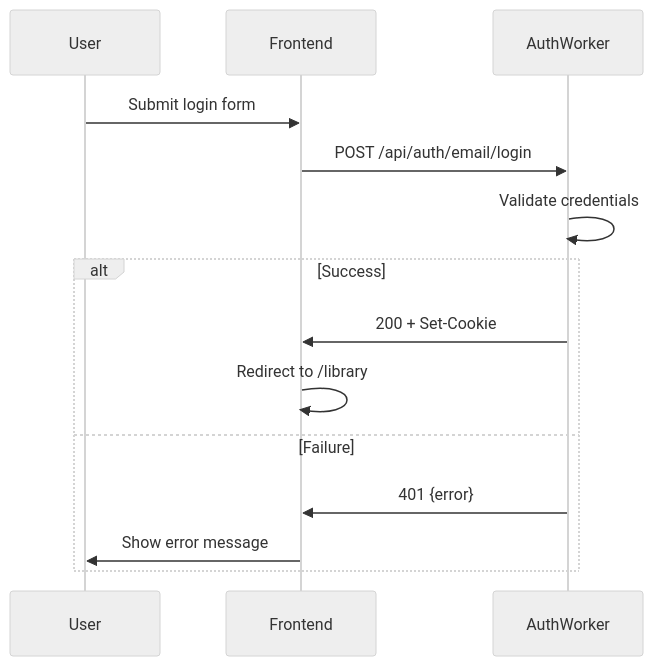
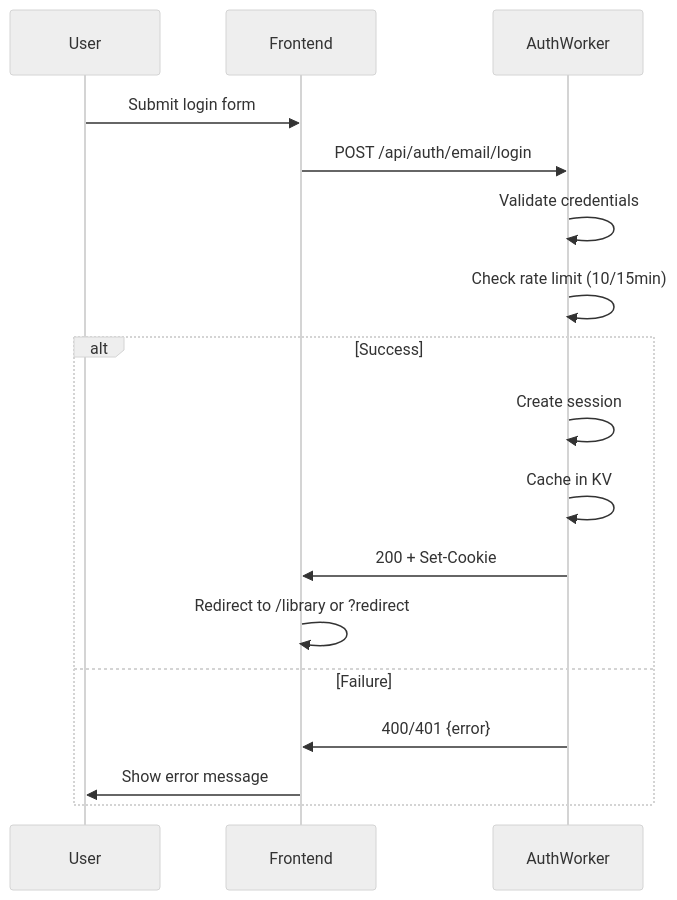
Before and after one commit to brucemckayone/codex: the third of 8 diagrams in design/frontend/AUTH.md, drawn with Mermaid (neutral theme). The commit also changed other lines of this file and 5 other files, not shown here.

````diff
--- a/design/frontend/AUTH.md
+++ b/design/frontend/AUTH.md
@@ -106,18 +134,21 @@
 ```mermaid
 sequenceDiagram
     participant User
     participant Frontend
     participant AuthWorker
 
     User->>Frontend: Submit login form
     Frontend->>AuthWorker: POST /api/auth/email/login
     AuthWorker->>AuthWorker: Validate credentials
+    AuthWorker->>AuthWorker: Check rate limit (10/15min)
 
     alt Success
+        AuthWorker->>AuthWorker: Create session
+        AuthWorker->>AuthWorker: Cache in KV
         AuthWorker->>Frontend: 200 + Set-Cookie
-        Frontend->>Frontend: Redirect to /library
+        Frontend->>Frontend: Redirect to /library or ?redirect
     else Failure
-        AuthWorker->>Frontend: 401 {error}
+        AuthWorker->>Frontend: 400/401 {error}
         Frontend->>User: Show error message
     end
 ```
````
